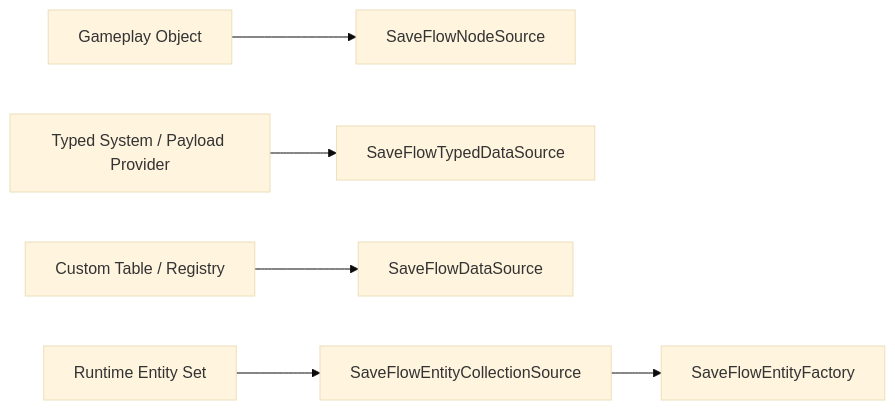
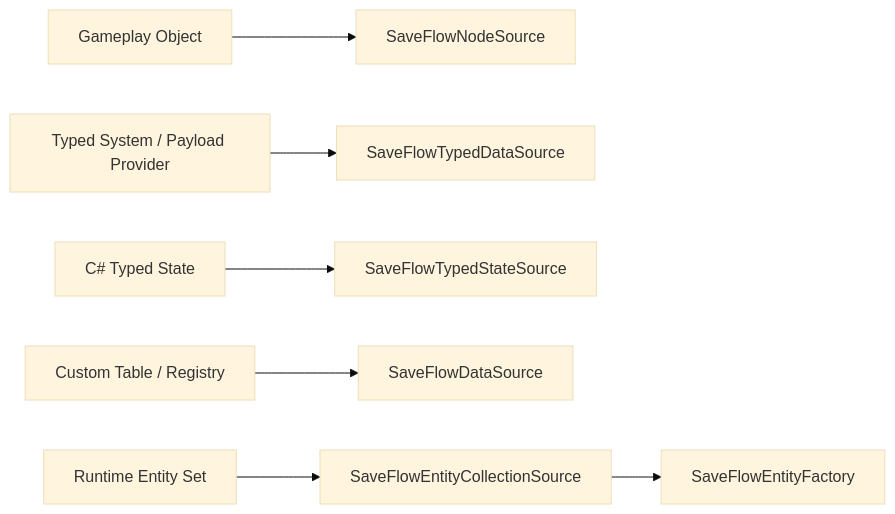
The first of 6 diagrams in addons/saveflow_lite/docs/saveflow-concept-map.md (Zoroiscrying/saveflow-lite), drawn with Mermaid (base theme) before and after one commit. The commit also changed other lines of this file and 59 other files, not shown here.

````diff
--- a/addons/saveflow_lite/docs/saveflow-concept-map.md
+++ b/addons/saveflow_lite/docs/saveflow-concept-map.md
@@ -7,8 +7,9 @@
 ```mermaid
 flowchart LR
     A["Gameplay Object"] --> B["SaveFlowNodeSource"]
     C["Typed System / Payload Provider"] --> D["SaveFlowTypedDataSource"]
+    C2["C# Typed State"] --> D2["SaveFlowTypedStateSource"]
     E["Custom Table / Registry"] --> F["SaveFlowDataSource"]
     G["Runtime Entity Set"] --> H["SaveFlowEntityCollectionSource"]
     H --> I["SaveFlowEntityFactory"]
 ```
````
